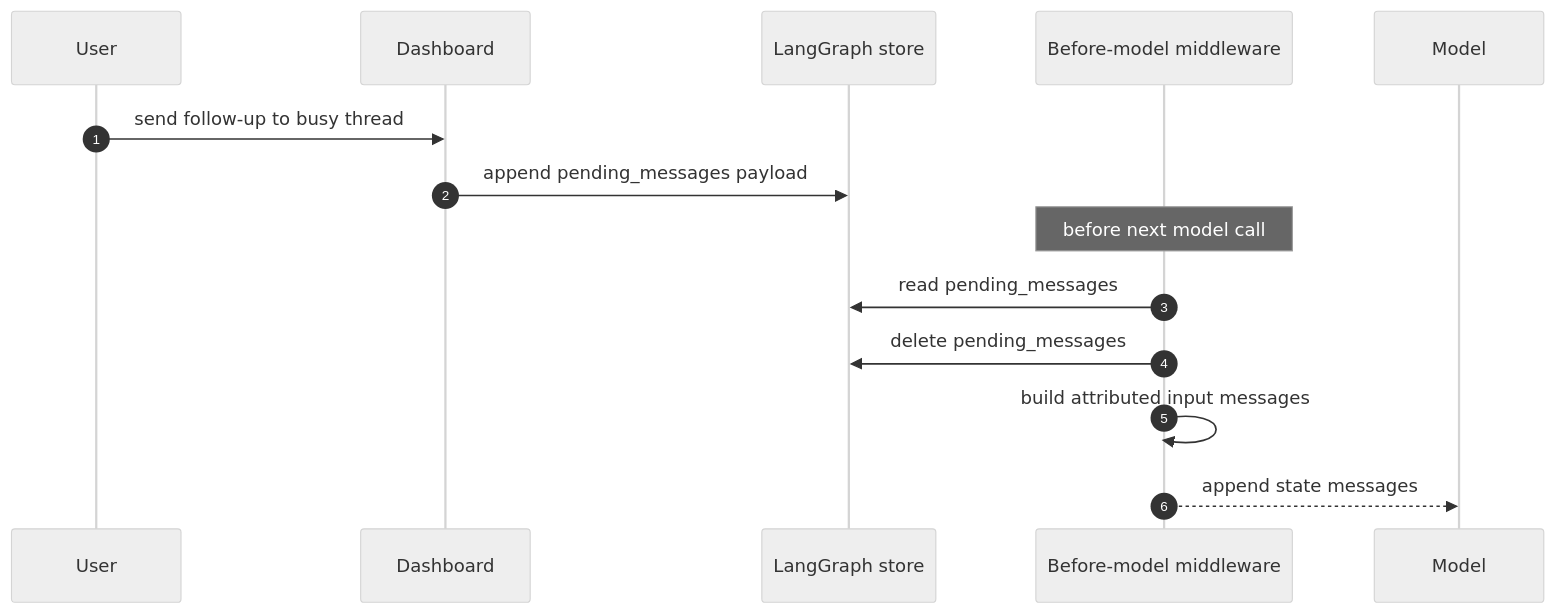
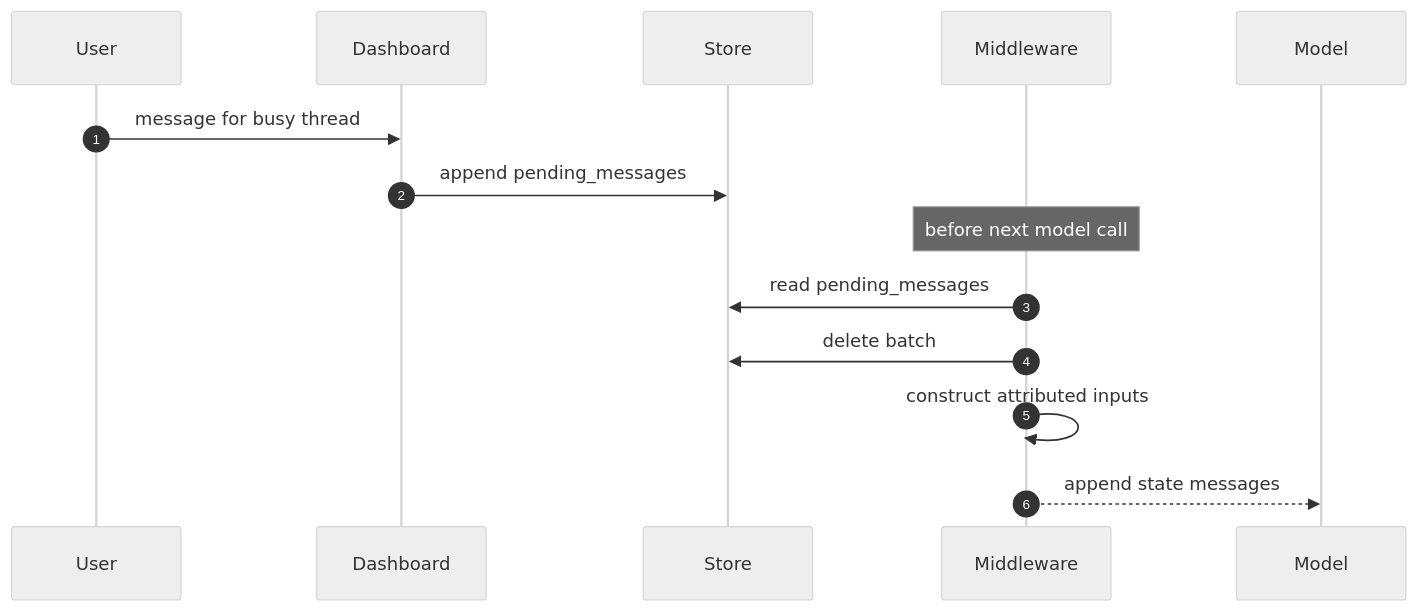
The second of 2 diagrams in openwiki/workflows/follow-up-messages.md (langchain-ai/open-swe), drawn with Mermaid (neutral theme) before and after one commit. The commit also changed other lines of this file and 51 other files, not shown here.

````diff
--- a/openwiki/workflows/follow-up-messages.md
+++ b/openwiki/workflows/follow-up-messages.md
@@ -151,17 +98,17 @@
 ```mermaid
 sequenceDiagram
     autonumber
     participant User
     participant Dashboard
-    participant Queue as LangGraph store
-    participant Middleware as Before-model middleware
+    participant Store
+    participant Middleware
     participant Model
 
-    User->>Dashboard: send follow-up to busy thread
-    Dashboard->>Queue: append pending_messages payload
+    User->>Dashboard: message for busy thread
+    Dashboard->>Store: append pending_messages
     Note over Middleware: before next model call
-    Middleware->>Queue: read pending_messages
-    Middleware->>Queue: delete pending_messages
-    Middleware->>Middleware: build attributed input messages
+    Middleware->>Store: read pending_messages
+    Middleware->>Store: delete batch
+    Middleware->>Middleware: construct attributed inputs
     Middleware-->>Model: append state messages
 ```
````
